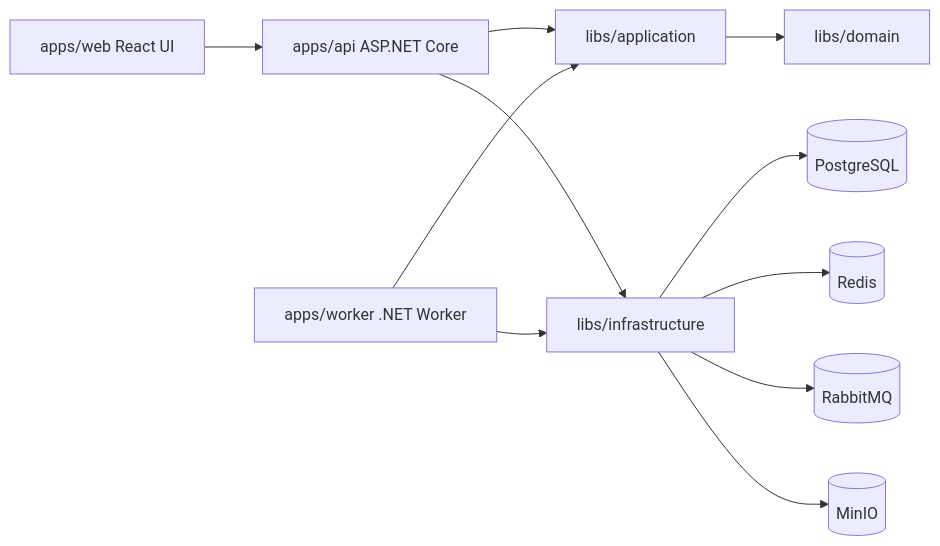
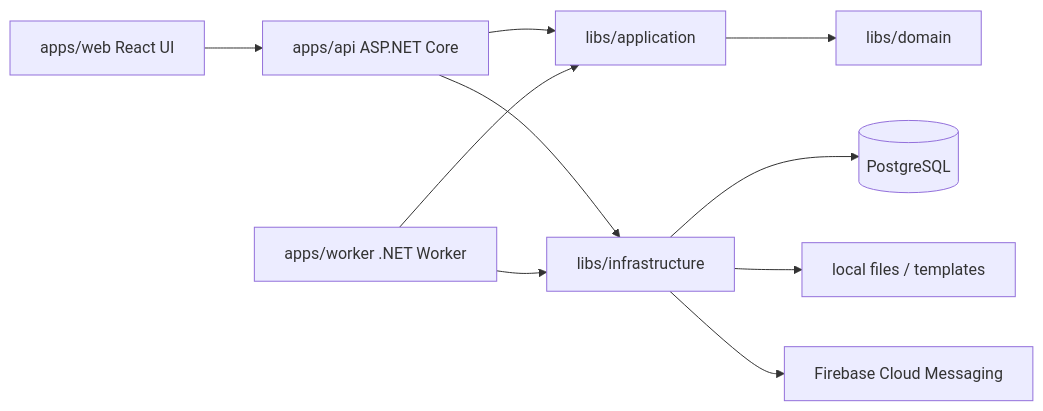
One commit to SistemnyGod/UI_TOIR changed the diagram in docs/architecture.md. Above: the diagram before and after it, drawn with Mermaid. The commit also changed other lines of this file and 753 other files, not shown here.

````diff
--- a/docs/architecture.md
+++ b/docs/architecture.md
@@ -18,13 +18,12 @@
 ```mermaid
 flowchart LR
     WEB["apps/web React UI"] --> API["apps/api ASP.NET Core"]
     API --> APP["libs/application"]
     APP --> DOMAIN["libs/domain"]
     API --> INFRA["libs/infrastructure"]
     WORKER["apps/worker .NET Worker"] --> APP
     WORKER --> INFRA
     INFRA --> PG[("PostgreSQL")]
-    INFRA --> REDIS[("Redis")]
-    INFRA --> MQ[("RabbitMQ")]
-    INFRA --> MINIO[("MinIO")]
+    INFRA --> FILES["local files / templates"]
+    INFRA --> FCM["Firebase Cloud Messaging"]
 ```
````
